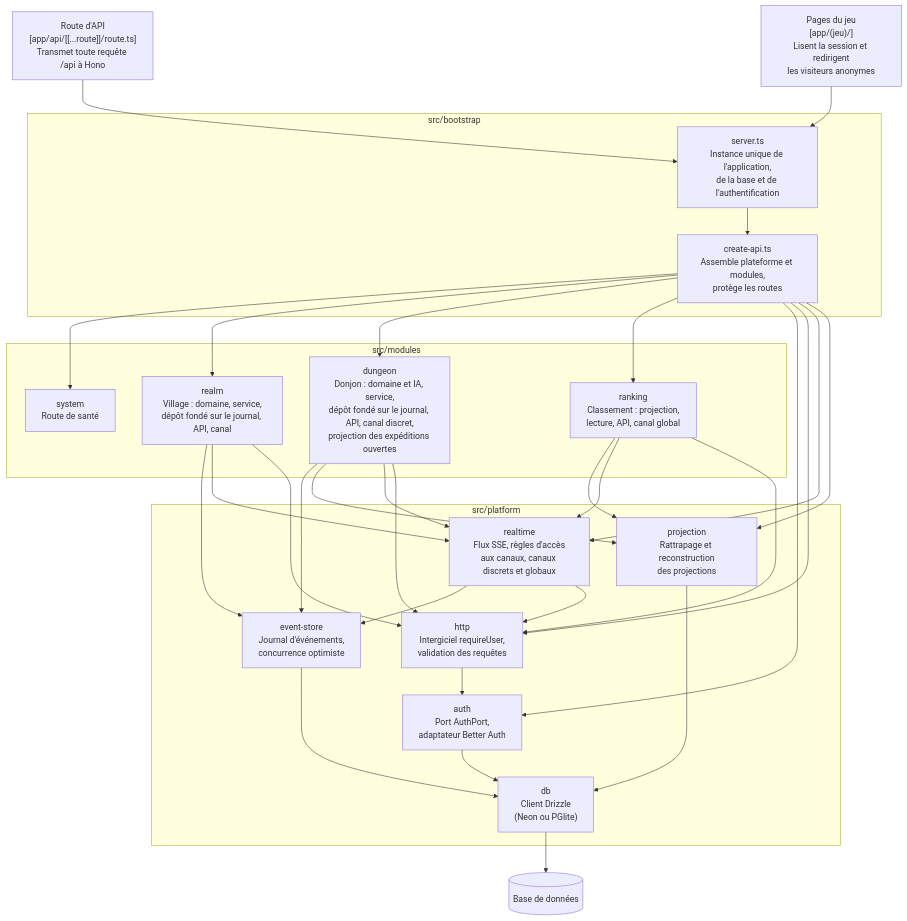
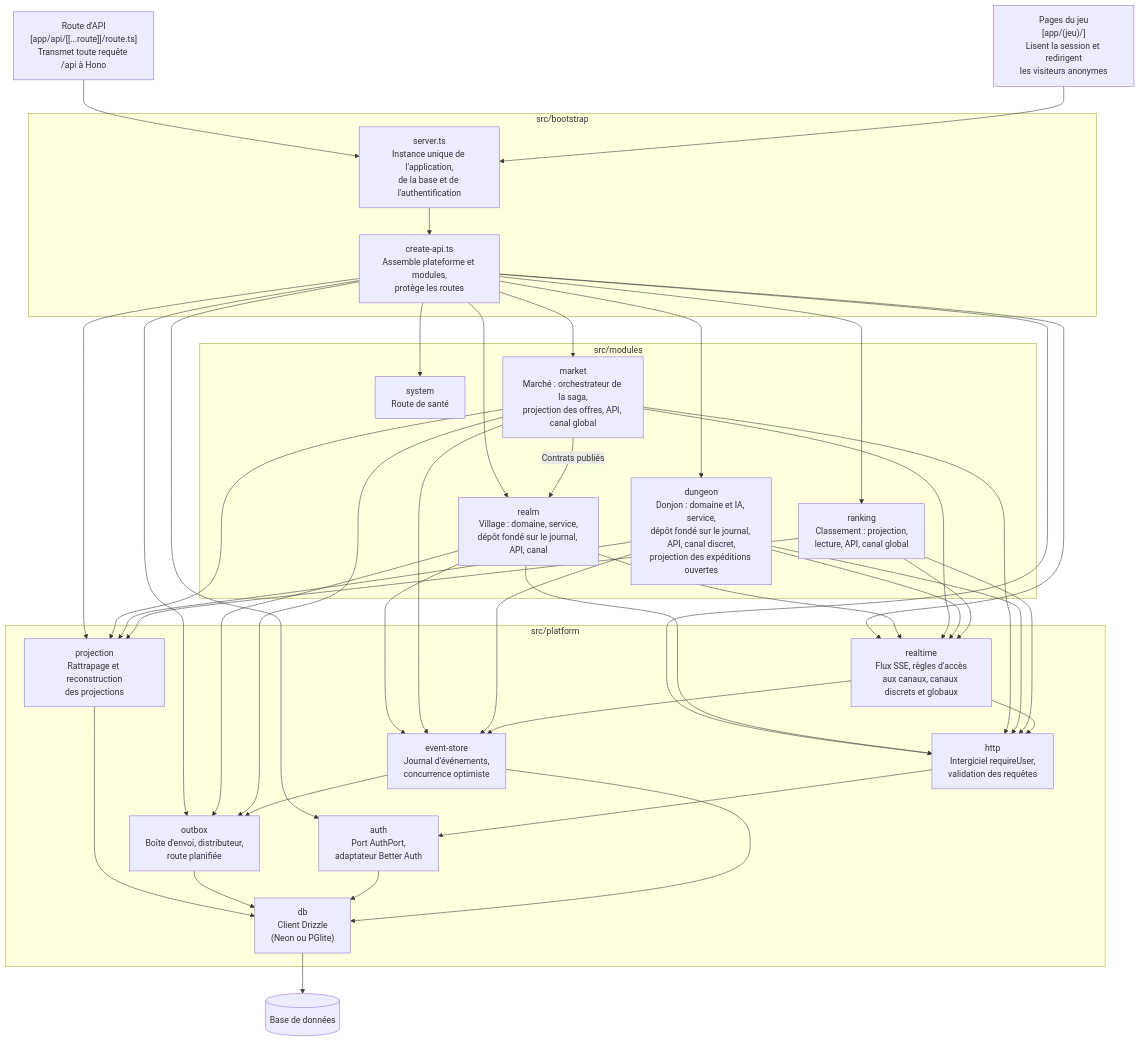
Before and after one commit to leon-morival/kingdom: the third of 4 diagrams in docs/architecture.md, drawn with Mermaid. The commit also changed other lines of this file and 6 other files, not shown here.

````diff
--- a/docs/architecture.md
+++ b/docs/architecture.md
@@ -54,37 +58,43 @@
 ```mermaid
 flowchart TB
   route["Route d'API<br/>[app/api/[[...route]]/route.ts]<br/>Transmet toute requête /api à Hono"]
   pages["Pages du jeu<br/>[app/(jeu)/]<br/>Lisent la session et redirigent<br/>les visiteurs anonymes"]
   subgraph bootstrap["src/bootstrap"]
     server["server.ts<br/>Instance unique de l'application,<br/>de la base et de l'authentification"]
     createapi["create-api.ts<br/>Assemble plateforme et modules,<br/>protège les routes"]
   end
   subgraph modules["src/modules"]
     system["system<br/>Route de santé"]
     realm["realm<br/>Village : domaine, service,<br/>dépôt fondé sur le journal, API, canal"]
     dungeon["dungeon<br/>Donjon : domaine et IA, service,<br/>dépôt fondé sur le journal, API, canal discret,<br/>projection des expéditions ouvertes"]
     ranking["ranking<br/>Classement : projection,<br/>lecture, API, canal global"]
+    market["market<br/>Marché : orchestrateur de la saga,<br/>projection des offres, API, canal global"]
   end
   subgraph platform["src/platform"]
     auth["auth<br/>Port AuthPort,<br/>adaptateur Better Auth"]
     http["http<br/>Intergiciel requireUser,<br/>validation des requêtes"]
     realtime["realtime<br/>Flux SSE, règles d'accès<br/>aux canaux, canaux discrets et globaux"]
     store["event-store<br/>Journal d'événements,<br/>concurrence optimiste"]
     projection["projection<br/>Rattrapage et reconstruction<br/>des projections"]
+    outbox["outbox<br/>Boîte d'envoi, distributeur,<br/>route planifiée"]
     db["db<br/>Client Drizzle<br/>(Neon ou PGlite)"]
   end
   base[("Base de données")]
   route --> server
   pages --> server
   server --> createapi
-  createapi --> system & realm & dungeon & ranking & auth & http & realtime & projection
-  realm --> store & realtime & http
+  createapi --> system & realm & dungeon & ranking & market & auth & http & realtime & projection & outbox
+  realm --> store & realtime & http & outbox
+  market --> store & projection & realtime & http & outbox
+  market -->|"Contrats publiés"| realm
   dungeon --> store & projection & realtime & http
   ranking --> projection & realtime & http
   realtime --> store & http
   projection --> db
+  store --> outbox
+  outbox --> db
   http --> auth
   auth --> db
   store --> db
   db --> base
 ```
````
